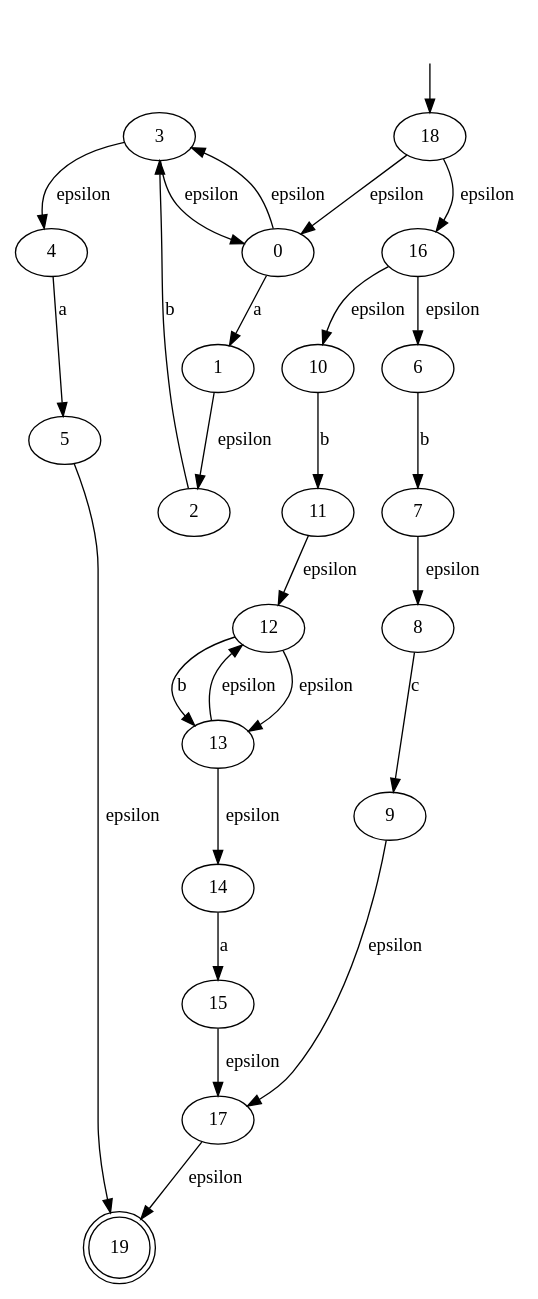
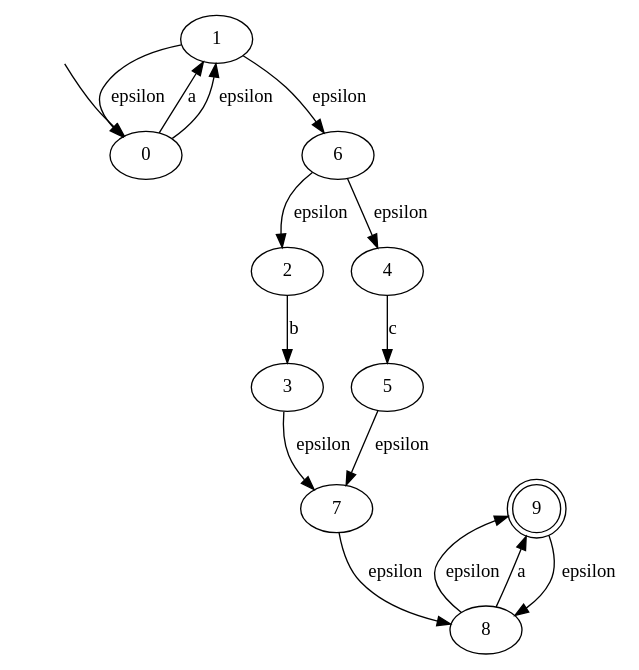
The diagram in testFiles/nfa.dot (c-ostic/Grepy), drawn with Graphviz before and after one commit. The commit also changed 3 other files, not shown here.

```diff
--- a/testFiles/nfa.dot
+++ b/testFiles/nfa.dot
@@ -1,31 +1,20 @@
 digraph nfa {
-	19 [shape=doublecircle];
+	9 [shape=doublecircle];
 	start [label="",shape=none];
-	start -> 18;
+	start -> 0;
 
 	0 -> 1 [label=a];
-	0 -> 3 [label=epsilon];
-	12 -> 13 [label=epsilon];
-	16 -> 6 [label=epsilon];
-	16 -> 10 [label=epsilon];
-	18 -> 0 [label=epsilon];
-	18 -> 16 [label=epsilon];
+	0 -> 1 [label=epsilon];
+	1 -> 0 [label=epsilon];
+	1 -> 6 [label=epsilon];
+	6 -> 2 [label=epsilon];
+	6 -> 4 [label=epsilon];
+	3 -> 7 [label=epsilon];
+	5 -> 7 [label=epsilon];
+	8 -> 9 [label=epsilon];
+	9 -> 8 [label=epsilon];
+	7 -> 8 [label=epsilon];
 	2 -> 3 [label=b];
-	4 -> 5 [label=a];
-	6 -> 7 [label=b];
-	10 -> 11 [label=b];
-	8 -> 9 [label=c];
-	12 -> 13 [label=b];
-	3 -> 0 [label=epsilon];
-	3 -> 4 [label=epsilon];
-	1 -> 2 [label=epsilon];
-	7 -> 8 [label=epsilon];
-	13 -> 12 [label=epsilon];
-	13 -> 14 [label=epsilon];
-	11 -> 12 [label=epsilon];
-	9 -> 17 [label=epsilon];
-	15 -> 17 [label=epsilon];
-	5 -> 19 [label=epsilon];
-	17 -> 19 [label=epsilon];
-	14 -> 15 [label=a];
+	8 -> 9 [label=a];
+	4 -> 5 [label=c];
 }
```
